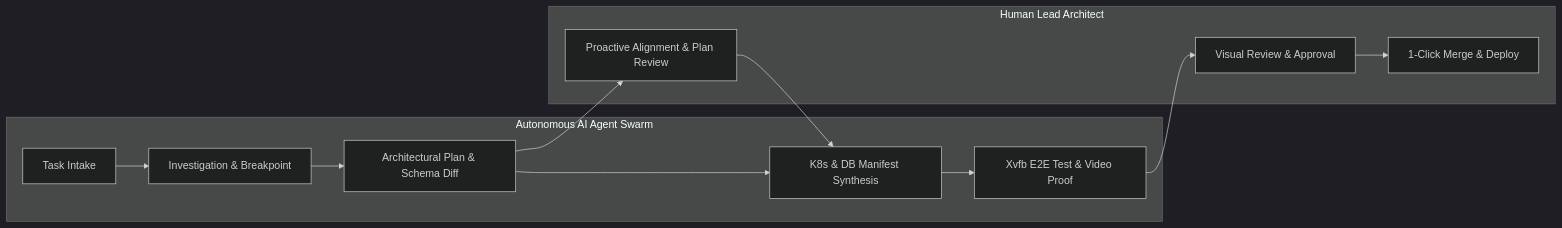
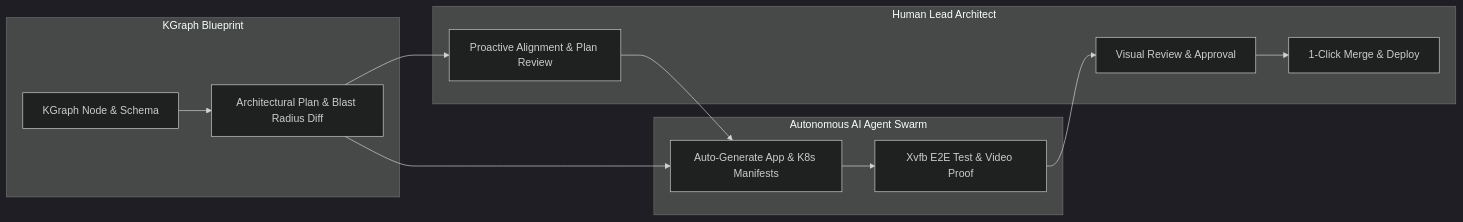
One commit to nddipiazza/robos changed the second of 2 diagrams in README.md. Above: the diagram before and after it, drawn with Mermaid (dark theme). The commit also changed other lines of this file and 1 other file, not shown here.

Commit message:
docs: elevate RobOS identity to KGraph-First Application Generation

````diff
--- a/README.md
+++ b/README.md
@@ -50,16 +108,18 @@
 ```mermaid
 graph LR
+    subgraph KGraphLayer [KGraph Blueprint]
+        K[KGraph Node & Schema] --> P[Architectural Plan & Blast Radius Diff]
+    end
+
     subgraph AutonomousAI [Autonomous AI Agent Swarm]
-        T[Task Intake] --> R[Investigation & Breakpoint]
-        R --> P[Architectural Plan & Schema Diff]
-        P --> K[K8s & DB Manifest Synthesis]
-        K --> V[Xvfb E2E Test & Video Proof]
+        P --> S[Auto-Generate App & K8s Manifests]
+        S --> V[Xvfb E2E Test & Video Proof]
     end
 
     subgraph HumanArchitect [Human Lead Architect]
         P --> G[Proactive Alignment & Plan Review]
-        G --> K
+        G --> S
         V --> R2[Visual Review & Approval]
         R2 --> M[1-Click Merge & Deploy]
     end
 ```
````
